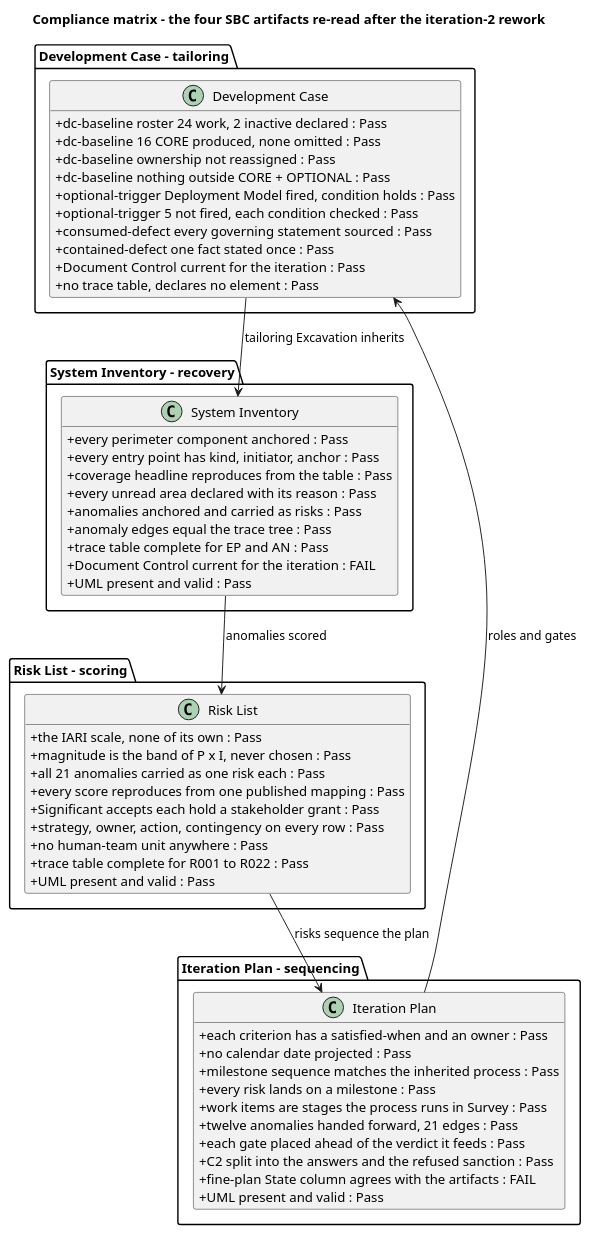
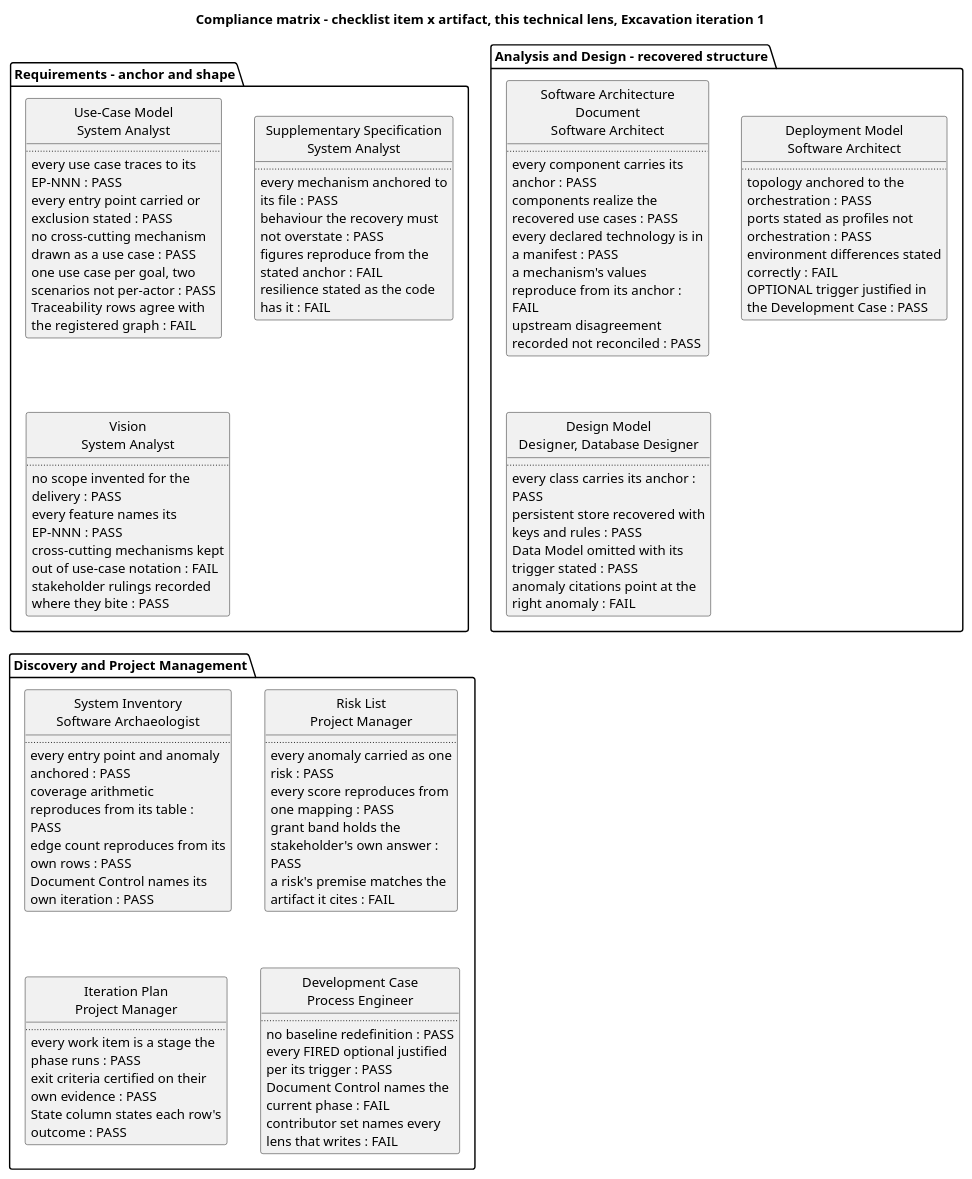
Before and after one commit to banense-test/TodoApp: the first of 15 diagrams in docs/artifacts/project-management/review-record.md, drawn with PlantUML. The commit also changed other lines of this file, not shown here.

Commit message:
Reviewer [Excavation1]: upsert Review Record
[skip ci]

````diff
--- a/docs/artifacts/project-management/review-record.md
+++ b/docs/artifacts/project-management/review-record.md
@@ -47,72 +62,92 @@
 ```plantuml
 @startuml
-title Compliance matrix - the four SBC artifacts re-read after the iteration-2 rework
+title Compliance matrix - checklist item x artifact, this technical lens, Excavation iteration 1
 
+skinparam shadowing false
 skinparam classAttributeIconSize 0
-skinparam shadowing false
+skinparam wrapWidth 210
+hide circle
 hide empty members
 
-package "Development Case - tailoring" {
-  class "Development Case" as DC {
-    + dc-baseline roster 24 work, 2 inactive declared : Pass
-    + dc-baseline 16 CORE produced, none omitted : Pass
-    + dc-baseline ownership not reassigned : Pass
-    + dc-baseline nothing outside CORE + OPTIONAL : Pass
-    + optional-trigger Deployment Model fired, condition holds : Pass
-    + optional-trigger 5 not fired, each condition checked : Pass
-    + consumed-defect every governing statement sourced : Pass
-    + contained-defect one fact stated once : Pass
-    + Document Control current for the iteration : Pass
-    + no trace table, declares no element : Pass
+package "Requirements - anchor and shape" {
+  class "Use-Case Model\nSystem Analyst" as UCM {
+    ..
+    every use case traces to its EP-NNN : PASS
+    every entry point carried or exclusion stated : PASS
+    no cross-cutting mechanism drawn as a use case : PASS
+    one use case per goal, two scenarios not per-actor : PASS
+    Traceability rows agree with the registered graph : FAIL
+  }
+  class "Supplementary Specification\nSystem Analyst" as SS {
+    ..
+    every mechanism anchored to its file : PASS
+    behaviour the recovery must not overstate : PASS
+    figures reproduce from the stated anchor : FAIL
+    resilience stated as the code has it : FAIL
+  }
+  class "Vision\nSystem Analyst" as VIS {
+    ..
+    no scope invented for the delivery : PASS
+    every feature names its EP-NNN : PASS
+    cross-cutting mechanisms kept out of use-case notation : FAIL
+    stakeholder rulings recorded where they bite : PASS
   }
 }
 
-package "System Inventory - recovery" {
-  class "System Inventory" as SI {
-    + every perimeter component anchored : Pass
-    + every entry point has kind, initiator, anchor : Pass
-    + coverage headline reproduces from the table : Pass
-    + every unread area declared with its reason : Pass
-    + anomalies anchored and carried as risks : Pass
-    + anomaly edges equal the trace tree : Pass
-    + trace table complete for EP and AN : Pass
-    + Document Control current for the iteration : FAIL
-    + UML present and valid : Pass
+package "Analysis and Design - recovered structure" {
+  class "Software Architecture Document\nSoftware Architect" as SAD {
+    ..
+    every component carries its anchor : PASS
+    components realize the recovered use cases : PASS
+    every declared technology is in a manifest : PASS
+    a mechanism's values reproduce from its anchor : FAIL
+    upstream disagreement recorded not reconciled : PASS
+  }
+  class "Deployment Model\nSoftware Architect" as DEP {
+    ..
+    topology anchored to the orchestration : PASS
+    ports stated as profiles not orchestration : PASS
+    environment differences stated correctly : FAIL
+    OPTIONAL trigger justified in the Development Case : PASS
+  }
+  class "Design Model\nDesigner, Database Designer" as DM {
+    ..
+    every class carries its anchor : PASS
+    persistent store recovered with keys and rules : PASS
+    Data Model omitted with its trigger stated : PASS
+    anomaly citations point at the right anomaly : FAIL
   }
 }
 
-package "Risk List - scoring" {
-  class "Risk List" as RL {
-    + the IARI scale, none of its own : Pass
-    + magnitude is the band of P x I, never chosen : Pass
-    + all 21 anomalies carried as one risk each : Pass
-    + every score reproduces from one published mapping : Pass
-    + Significant accepts each hold a stakeholder grant : Pass
-    + strategy, owner, action, contingency on every row : Pass
-    + no human-team unit anywhere : Pass
-    + trace table complete for R001 to R022 : Pass
-    + UML present and valid : Pass
+package "Discovery and Project Management" {
+  class "System Inventory\nSoftware Archaeologist" as SI {
+    ..
+    every entry point and anomaly anchored : PASS
+    coverage arithmetic reproduces from its table : PASS
+    edge count reproduces from its own rows : PASS
+    Document Control names its own iteration : PASS
+  }
+  class "Risk List\nProject Manager" as RL {
+    ..
+    every anomaly carried as one risk : PASS
+    every score reproduces from one mapping : PASS
+    grant band holds the stakeholder's own answer : PASS
+    a risk's premise matches the artifact it cites : FAIL
+  }
+  class "Iteration Plan\nProject Manager" as IP {
+    ..
+    every work item is a stage the phase runs : PASS
+    exit criteria certified on their own evidence : PASS
+    State column states each row's outcome : PASS
+  }
+  class "Development Case\nProcess Engineer" as DC {
+    ..
+    no baseline redefinition : PASS
+    every FIRED optional justified per its trigger : PASS
+    Document Control names the current phase : FAIL
+    contributor set names every lens that writes : FAIL
   }
 }
 
-package "Iteration Plan - sequencing" {
-  class "Iteration Plan" as IP {
-    + each criterion has a satisfied-when and an owner : Pass
-    + no calendar date projected : Pass
-    + milestone sequence matches the inherited process : Pass
-    + every risk lands on a milestone : Pass
-    + work items are stages the process runs in Survey : Pass
-    + twelve anomalies handed forward, 21 edges : Pass
-    + each gate placed ahead of the verdict it feeds : Pass
-    + C2 split into the answers and the refused sanction : Pass
-    + fine-plan State column agrees with the artifacts : FAIL
-    + UML present and valid : Pass
-  }
-}
-
-DC --> SI : tailoring Excavation inherits
-SI --> RL : anomalies scored
-RL --> IP : risks sequence the plan
-IP --> DC : roles and gates
 @enduml
 ```
````
